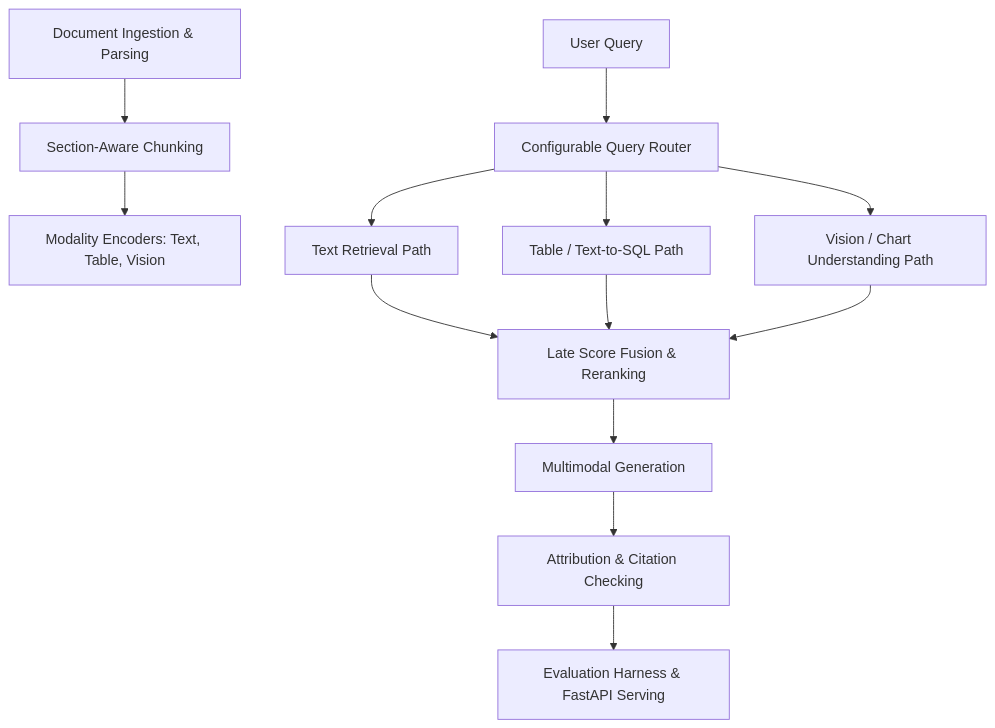
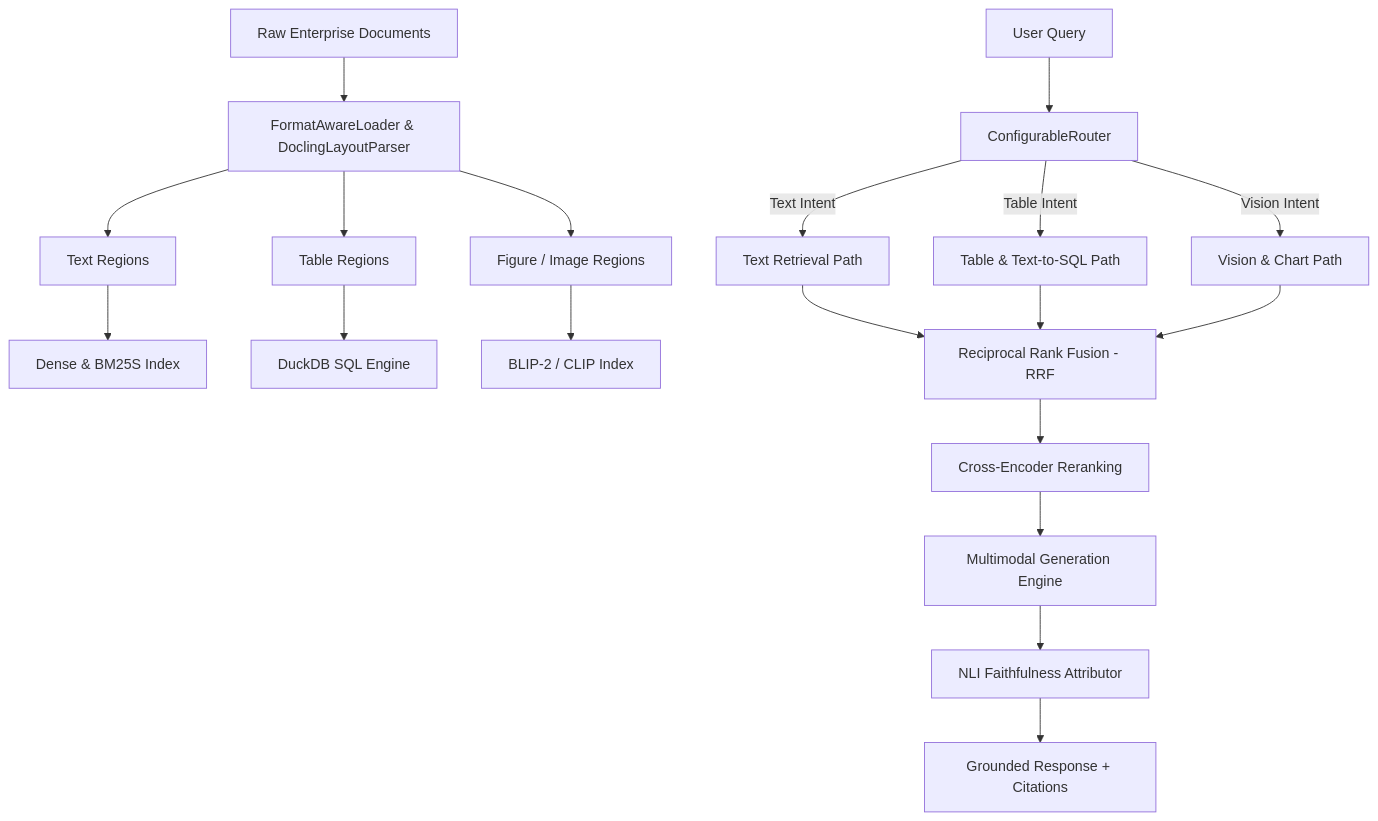
Before and after one commit to arpitkumar2004/DocuReason: the diagram in README.md, drawn with Mermaid. The commit also changed other lines of this file and 3 other files, not shown here.

````diff
--- a/README.md
+++ b/README.md
@@ -25,13 +70,22 @@
 ```mermaid
 flowchart TD
-    A[Document Ingestion & Parsing] --> B[Section-Aware Chunking]
-    B --> C[Modality Encoders: Text, Table, Vision]
-    D[User Query] --> E[Configurable Query Router]
-    E --> F1[Text Retrieval Path]
-    E --> F2[Table / Text-to-SQL Path]
-    E --> F3[Vision / Chart Understanding Path]
-    F1 & F2 & F3 --> G[Late Score Fusion & Reranking]
-    G --> H[Multimodal Generation]
-    H --> I[Attribution & Citation Checking]
-    I --> J[Evaluation Harness & FastAPI Serving]
+    A[Raw Enterprise Documents] --> B[FormatAwareLoader & DoclingLayoutParser]
+    B --> C1[Text Regions]
+    B --> C2[Table Regions]
+    B --> C3[Figure / Image Regions]
+    
+    C1 --> D1[Dense & BM25S Index]
+    C2 --> D2[DuckDB SQL Engine]
+    C3 --> D3[BLIP-2 / CLIP Index]
+    
+    E[User Query] --> F[ConfigurableRouter]
+    F -->|Text Intent| G1[Text Retrieval Path]
+    F -->|Table Intent| G2[Table & Text-to-SQL Path]
+    F -->|Vision Intent| G3[Vision & Chart Path]
+    
+    G1 & G2 & G3 --> H[Reciprocal Rank Fusion - RRF]
+    H --> I[Cross-Encoder Reranking]
+    I --> J[Multimodal Generation Engine]
+    J --> K[NLI Faithfulness Attributor]
+    K --> L[Grounded Response + Citations]
 ```
````
